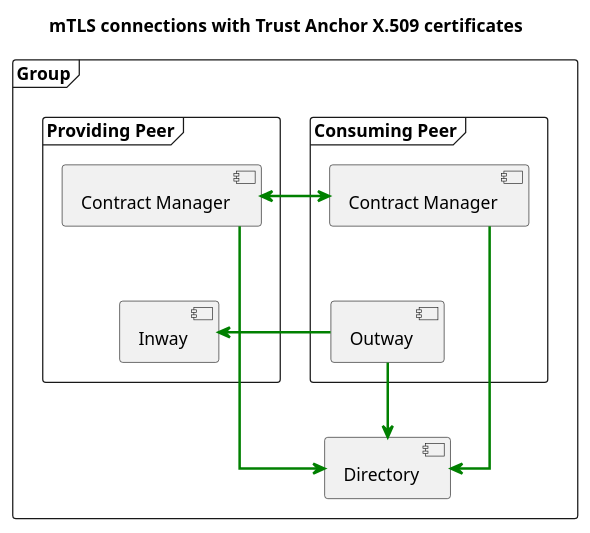
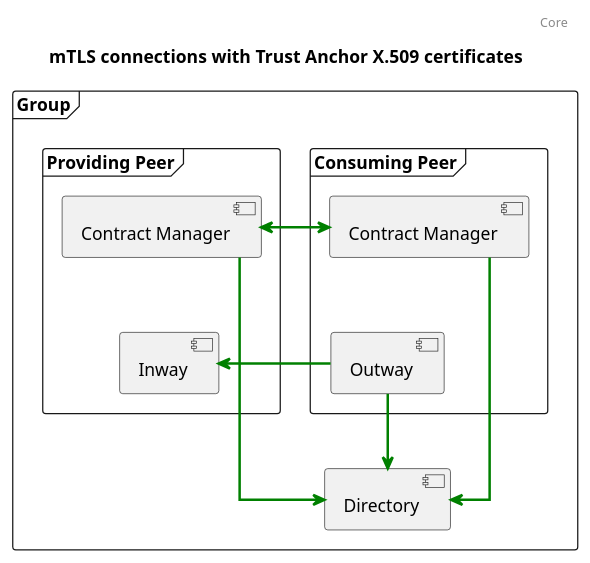
Before and after one commit to Logius-standaarden/fsc-core: the diagram in diagrams/seq-mtls-connections.puml, drawn with PlantUML. The commit also changed 7 other files, not shown here.

Commit message:
improved sequence diagrams

```diff
--- a/diagrams/seq-mtls-connections.puml
+++ b/diagrams/seq-mtls-connections.puml
@@ -1,27 +1,29 @@
 @startuml
+
+header: Core
 title mTLS connections with Trust Anchor X.509 certificates
 
 frame "Group" {
   frame "Consuming Peer" {
     component Outway as outway
     component "Contract Manager" as contractManagerConsumingPeer
   }
   frame "Providing Peer" {
      Component Inway as inway
      component "Contract Manager" as contractManagerProvidingPeer
   }
   component Directory as directory
 }
 
 contractManagerConsumingPeer <-[bold,#green]l-> contractManagerProvidingPeer
 contractManagerProvidingPeer -[bold,#green]d-> directory
 contractManagerConsumingPeer -[bold,#green]d-> directory
 outway -[bold,#green]d-> directory
 outway -[bold,#green]l-> inway
 outway -[hidden]u-> contractManagerConsumingPeer
 inway -[hidden]u-> contractManagerProvidingPeer
 
 skinparam boxPadding 50
 skinparam linetype polyline
 skinparam linetype ortho
 @enduml
```
